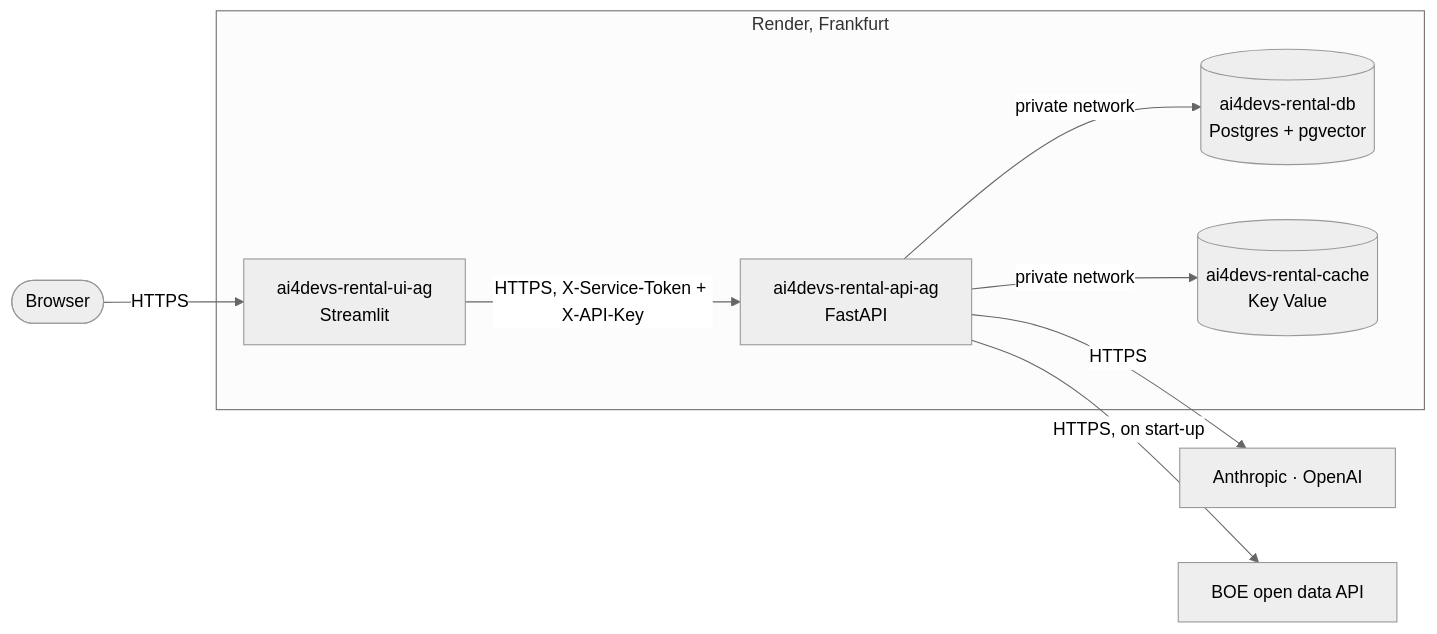
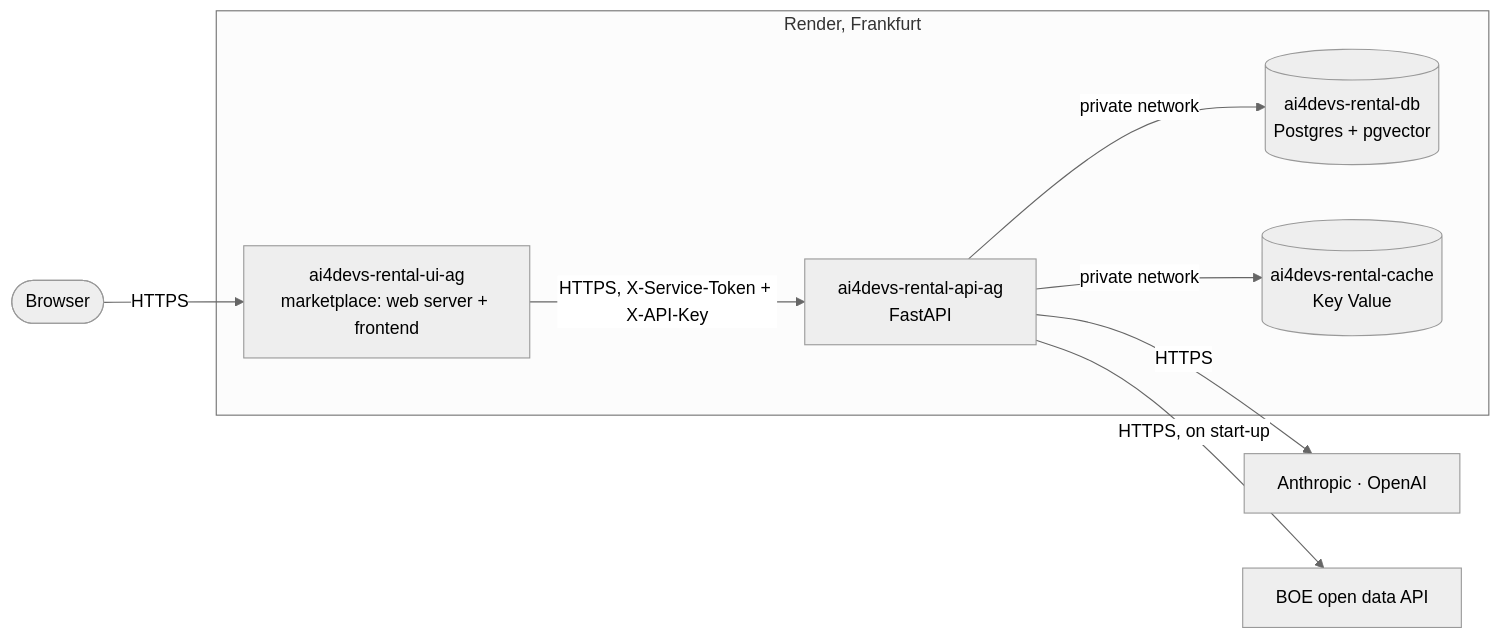
The diagram in docs/deployment.md (alexgraupera/AI4Devs-finalproject-AG), drawn with Mermaid (neutral theme) before and after one commit. The commit also changed other lines of this file and 53 other files, not shown here.

First line of the commit message:
feat: the marketplace replaces Streamlit, behind the demo's login

````diff
--- a/docs/deployment.md
+++ b/docs/deployment.md
@@ -7,17 +7,17 @@
 ```mermaid
 flowchart LR
     user([Browser]) -->|HTTPS| ui
 
     subgraph render[Render, Frankfurt]
-        ui[ai4devs-rental-ui-ag<br/>Streamlit]
+        ui[ai4devs-rental-ui-ag<br/>marketplace: web server + frontend]
         api[ai4devs-rental-api-ag<br/>FastAPI]
         db[(ai4devs-rental-db<br/>Postgres + pgvector)]
         cache[(ai4devs-rental-cache<br/>Key Value)]
     end
 
     ui -->|HTTPS, X-Service-Token + X-API-Key| api
     api -->|private network| db
     api -->|private network| cache
     api -->|HTTPS| providers[Anthropic · OpenAI]
     api -->|HTTPS, on start-up| boe[BOE open data API]
 ```
````
